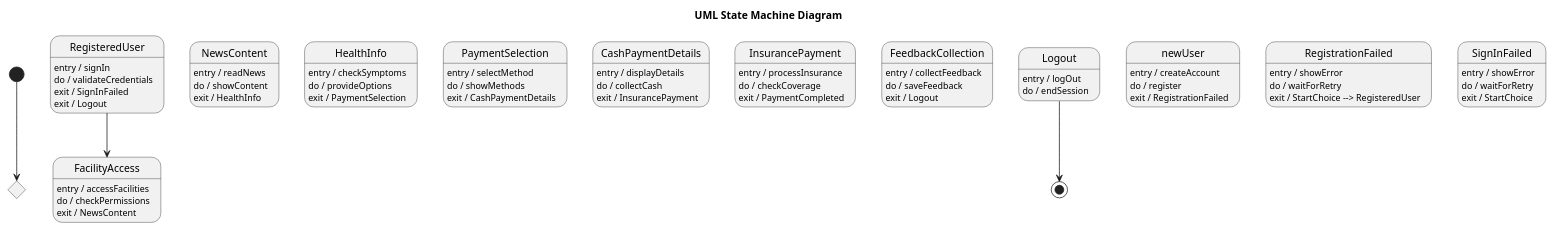
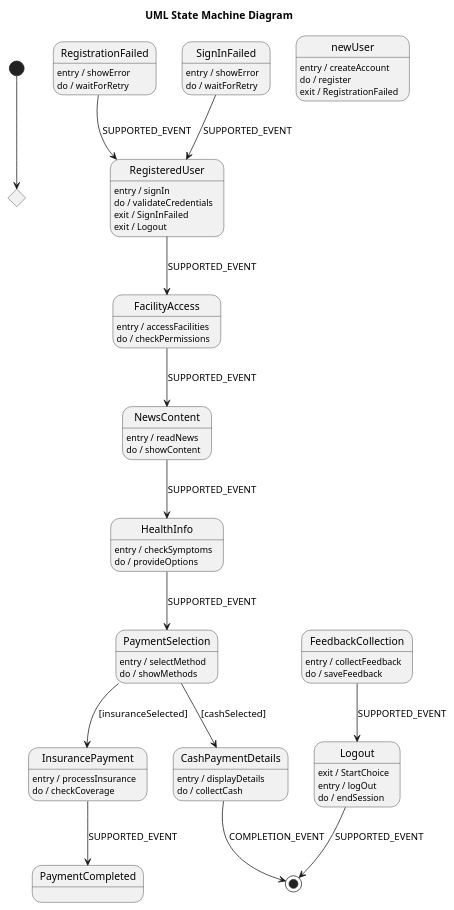
One commit to maimunafaria/State_transition_Diagram_generated_by_LLM changed the diagram in results/plantuml_pipeline_run3/runs/open_source__mistral__rag_validation_generator_critic_repair/case_01_healthcare_portal/run_01.repair_05.puml. Above: the diagram before and after it, drawn with PlantUML. The commit also changed 814 other files, not shown here.

```diff
--- a/results/plantuml_pipeline_run3/runs/open_source__mistral__rag_validation_generator_critic_repair/case_01_healthcare_portal/run_01.repair_05.puml
+++ b/results/plantuml_pipeline_run3/runs/open_source__mistral__rag_validation_generator_critic_repair/case_01_healthcare_portal/run_01.repair_05.puml
@@ -1,57 +1,75 @@
 @startuml
 title UML State Machine Diagram
 
 state StartChoice <<choice>>
+state RegistrationFailed <<state>>
+state SignInFailed <<state>>
 state RegisteredUser <<state>>
 state FacilityAccess <<state>>
 state NewsContent <<state>>
 state HealthInfo <<state>>
 state PaymentSelection <<state>>
 state CashPaymentDetails <<state>>
 state InsurancePayment <<state>>
 state FeedbackCollection <<state>>
 state Logout <<state>>
 
 [*] --> StartChoice
+
+StartChoice : entry / start
 StartChoice : do / checkUserStatus
+StartChoice : exit / newUser
 
-StartChoice : exit / newUser
 newUser : entry / createAccount
 newUser : do / register
 newUser : exit / RegistrationFailed
+
 RegistrationFailed : entry / showError
 RegistrationFailed : do / waitForRetry
-RegistrationFailed : exit / StartChoice --> RegisteredUser
+RegistrationFailed --> RegisteredUser : SUPPORTED_EVENT
+
 SignInFailed : entry / showError
 SignInFailed : do / waitForRetry
-SignInFailed : exit / StartChoice
+SignInFailed --> RegisteredUser : SUPPORTED_EVENT
+
 RegisteredUser : entry / signIn
 RegisteredUser : do / validateCredentials
 RegisteredUser : exit / SignInFailed
-RegisteredUser --> FacilityAccess
+
+RegisteredUser --> FacilityAccess : SUPPORTED_EVENT
 RegisteredUser : exit / Logout
+
 FacilityAccess : entry / accessFacilities
 FacilityAccess : do / checkPermissions
-FacilityAccess : exit / NewsContent
+FacilityAccess --> NewsContent : SUPPORTED_EVENT
+
 NewsContent : entry / readNews
 NewsContent : do / showContent
-NewsContent : exit / HealthInfo
+NewsContent --> HealthInfo : SUPPORTED_EVENT
+
 HealthInfo : entry / checkSymptoms
 HealthInfo : do / provideOptions
-HealthInfo : exit / PaymentSelection
+HealthInfo --> PaymentSelection : SUPPORTED_EVENT
+
 PaymentSelection : entry / selectMethod
 PaymentSelection : do / showMethods
-PaymentSelection : exit / CashPaymentDetails
+PaymentSelection --> CashPaymentDetails : [cashSelected]
+PaymentSelection --> InsurancePayment : [insuranceSelected]
+
 CashPaymentDetails : entry / displayDetails
 CashPaymentDetails : do / collectCash
-CashPaymentDetails : exit / InsurancePayment
+CashPaymentDetails --> [*] : COMPLETION_EVENT
+
 InsurancePayment : entry / processInsurance
 InsurancePayment : do / checkCoverage
-InsurancePayment : exit / PaymentCompleted
+InsurancePayment --> PaymentCompleted : SUPPORTED_EVENT
+
 FeedbackCollection : entry / collectFeedback
 FeedbackCollection : do / saveFeedback
-FeedbackCollection : exit / Logout
+FeedbackCollection --> Logout : SUPPORTED_EVENT
+Logout : exit / StartChoice
+
 Logout : entry / logOut
 Logout : do / endSession
-Logout --> [*]
+Logout --> [*] : SUPPORTED_EVENT
 @enduml
```
